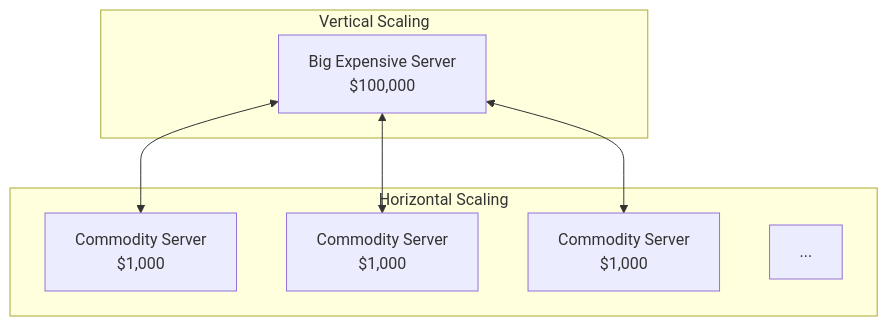
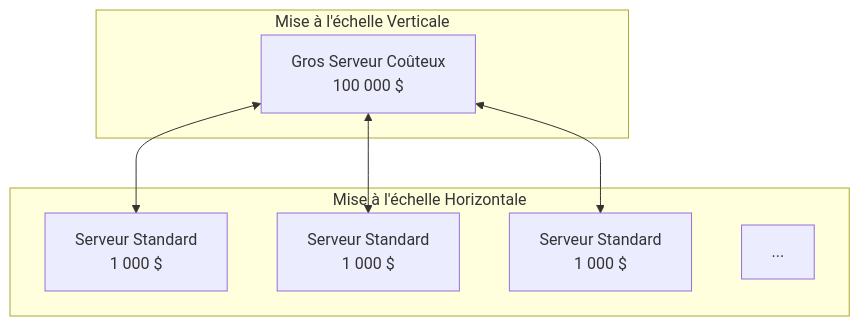
The fifth of 9 diagrams in src/fundamentals/01-what-is-ds.md (dardourimohamed/distributed-systems-course), drawn with Mermaid before and after one commit. The commit also changed other lines of this file and 38 other files, not shown here.

````diff
--- a/src/fundamentals/01-what-is-ds.md
+++ b/src/fundamentals/01-what-is-ds.md
@@ -113,17 +113,17 @@
 ```mermaid
 graph TB
-    subgraph "Vertical Scaling"
-        Big[Big Expensive Server<br/>$100,000]
+    subgraph "Mise à l'échelle Verticale"
+        Big[Gros Serveur Coûteux<br/>100 000 $]
     end
 
-    subgraph "Horizontal Scaling"
-        S1[Commodity Server<br/>$1,000]
-        S2[Commodity Server<br/>$1,000]
-        S3[Commodity Server<br/>$1,000]
+    subgraph "Mise à l'échelle Horizontale"
+        S1[Serveur Standard<br/>1 000 $]
+        S2[Serveur Standard<br/>1 000 $]
+        S3[Serveur Standard<br/>1 000 $]
         S4[...]
     end
 
     Big <--> S1
     Big <--> S2
     Big <--> S3
 ```
````
